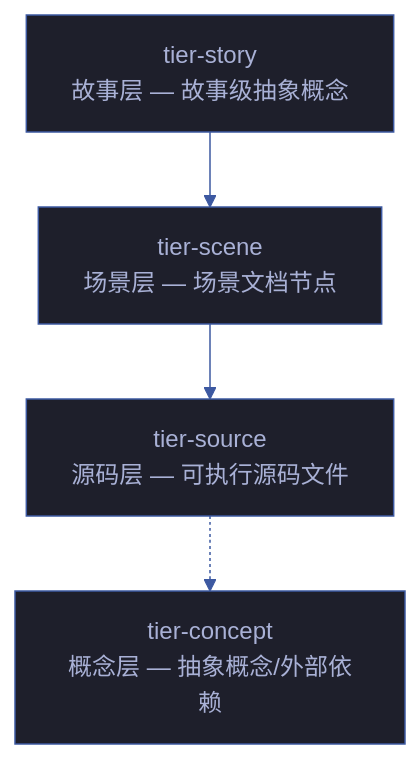
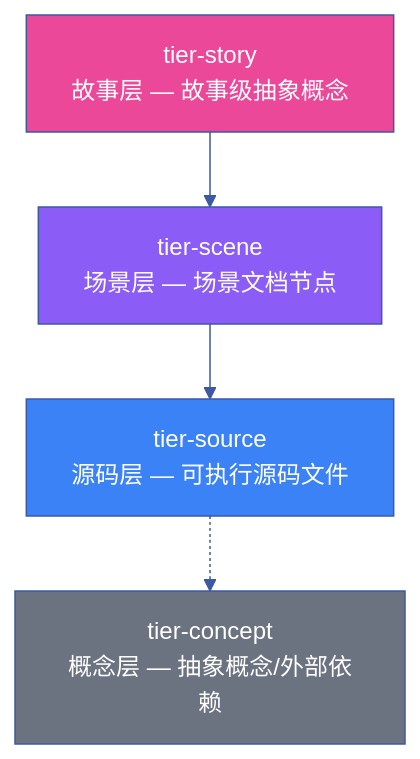
One commit to effiy/YrY changed the diagram in skills/rui-story/rules/knowledge-graph.md. Above: the diagram before and after it, drawn with Mermaid. The commit also changed other lines of this file and 1028 other files, not shown here.

````diff
--- a/skills/rui-story/rules/knowledge-graph.md
+++ b/skills/rui-story/rules/knowledge-graph.md
@@ -39,14 +46,19 @@
 ```mermaid
 %%{init: {'theme': 'base', 'themeVariables': {
   'primaryColor': '#1e1f2b',
   'primaryTextColor': '#a9b1d6',
   'primaryBorderColor': '#3d59a1',
   'lineColor': '#3d59a1',
   'secondaryColor': '#2b2d3b',
   'tertiaryColor': '#21232f'
 }}}%%
 flowchart TB
     TIER1["tier-story<br/>故事层 — 故事级抽象概念"]:::story --> TIER2["tier-scene<br/>场景层 — 场景文档节点"]:::scene
     TIER2 --> TIER3["tier-source<br/>源码层 — 可执行源码文件"]:::source
     TIER3 -.-> TIER4["tier-concept<br/>概念层 — 抽象概念/外部依赖"]:::concept
+
+    classDef story fill:#ec4899,color:#fff
+    classDef scene fill:#8b5cf6,color:#fff
+    classDef source fill:#3b82f6,color:#fff
+    classDef concept fill:#6b7280,color:#fff
 ```
````
